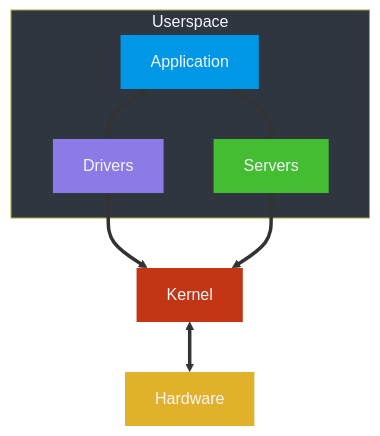
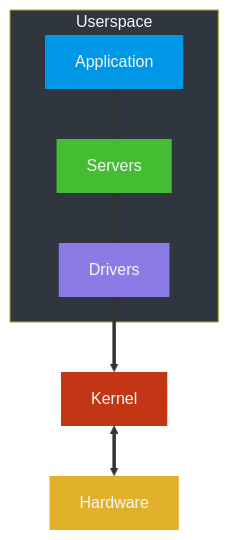
One commit to theomund/neuros changed the diagram in README.md. Above: the diagram before and after it, drawn with Mermaid.

Commit message:
fix: revise architectural diagram

````diff
--- a/README.md
+++ b/README.md
@@ -41,17 +41,16 @@
 ```mermaid
 graph BT
     classDef node color: #f5f6fa, stroke-width: 0px
     style Application fill: #0097e6
     style Drivers fill: #8c7ae6
     style Hardware fill: #e1b12c
     style Kernel fill: #c23616
     style Servers fill: #44bd32
     style Userspace color: #f5f6fa, fill: #2f3640
     Hardware <==> Kernel
     Kernel <==> Drivers
-    Kernel <==> Servers
     subgraph Userspace
-        Drivers <==> Application
+        Drivers <==> Servers
         Servers <==> Application
     end
 ```
````
